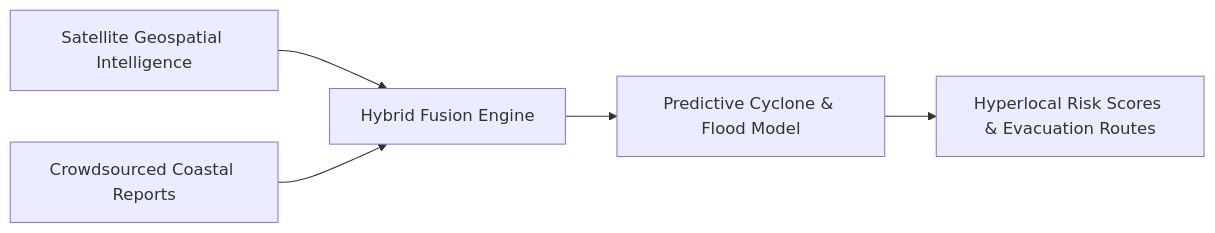
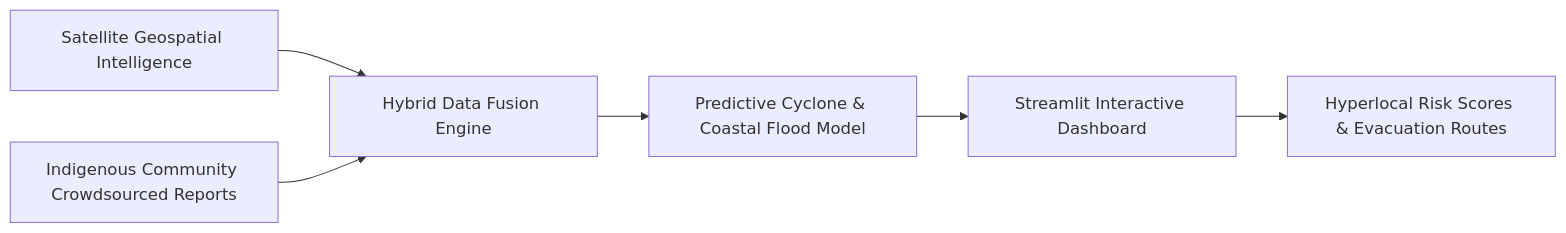
Before and after one commit to KrishnaKanhaiya1/CoastGuardAI: the diagram in README.md, drawn with Mermaid. The commit also changed other lines of this file, not shown here.

Commit message:
docs: update best-in-class README with UI feature matrix, architecture diagrams & live badges

````diff
--- a/README.md
+++ b/README.md
@@ -20,7 +19,8 @@
 ```mermaid
 graph LR
-    Sat[Satellite Geospatial Intelligence] --> Fusion[Hybrid Fusion Engine]
-    Community[Crowdsourced Coastal Reports] --> Fusion
-    Fusion --> ML[Predictive Cyclone & Flood Model]
-    ML --> Alert[Hyperlocal Risk Scores & Evacuation Routes]
+    Sat[Satellite Geospatial Intelligence] --> Fusion[Hybrid Data Fusion Engine]
+    Community[Indigenous Community Crowdsourced Reports] --> Fusion
+    Fusion --> ML[Predictive Cyclone & Coastal Flood Model]
+    ML --> UI[Streamlit Interactive Dashboard]
+    UI --> Alert[Hyperlocal Risk Scores & Evacuation Routes]
 ```
````
